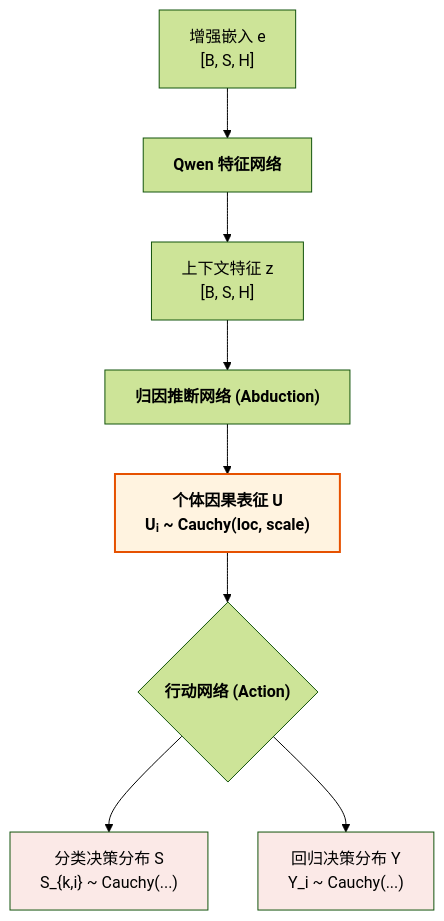
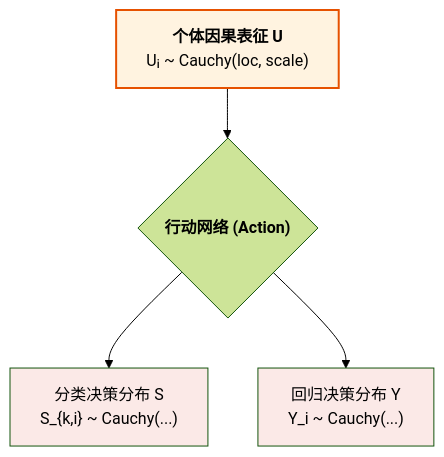
One commit to 1587causalai/CausalQwen changed the third of 8 diagrams in docs/mathematical_foundations.md. Above: the diagram before and after it, drawn with Mermaid (forest theme). The commit also changed other lines of this file and 1 other file, not shown here.

````diff
--- a/docs/mathematical_foundations.md
+++ b/docs/mathematical_foundations.md
@@ -386,15 +140,12 @@
 ```mermaid
 graph TD
-    A["增强嵌入 e<br>[B, S, H]"] --> B["<b>Qwen 特征网络</b>"];
-    B --> C["上下文特征 z<br>[B, S, H]"];
-    C --> D["<b>归因推断网络 (Abduction)</b>"];
-    D --> E["<b>个体因果表征 U<br>Uᵢ ~ Cauchy(loc, scale)</b>"];
+    A["<b>个体因果表征 U</b><br>Uᵢ ~ Cauchy(loc, scale)"];
     
-    E --> F{"<b>行动网络 (Action)</b>"};
-    F --> G["分类决策分布 S<br>S_{k,i} ~ Cauchy(...)"];
-    F --> H["回归决策分布 Y<br>Y_i ~ Cauchy(...)"];
+    A --> B{"<b>行动网络 (Action)</b>"};
+    B --> C["分类决策分布 S<br>S_{k,i} ~ Cauchy(...)"];
+    B --> D["回归决策分布 Y<br>Y_i ~ Cauchy(...)"];
 
-    style E fill:#fff3e0,stroke:#e65100,stroke-width:2px
-    style G fill:#fbe9e7
-    style H fill:#fbe9e7
+    style A fill:#fff3e0,stroke:#e65100,stroke-width:2px
+    style C fill:#fbe9e7
+    style D fill:#fbe9e7
 ```
````
